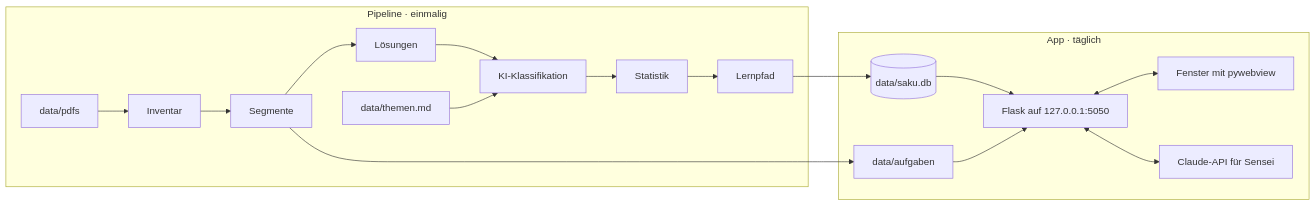
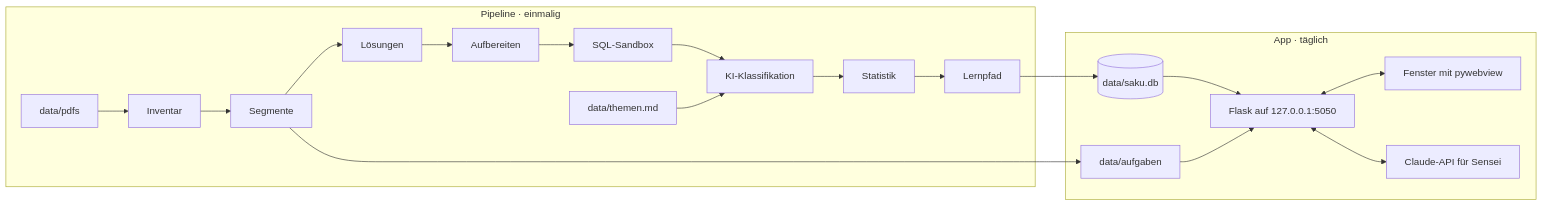
The first of 2 diagrams in docs/ARCHITEKTUR.md (00quasr/Saku), drawn with Mermaid before and after one commit. The commit also changed other lines of this file, not shown here.

First line of the commit message:
Architektur: neue Module (rechnen mit Arten-Registry und Seeds, sql, stichpunkte, lernstand, fahrplan, rueckblick), alle Routen, Pipeline 1–12 mit sandbox, Migrationen in Transaktionen, CSRF

````diff
--- a/docs/ARCHITEKTUR.md
+++ b/docs/ARCHITEKTUR.md
@@ -8,15 +8,15 @@
 ```mermaid
 flowchart LR
     subgraph Pipeline ["Pipeline · einmalig"]
-        P[data/pdfs] --> I[Inventar] --> S[Segmente] --> L[Lösungen] --> K[KI-Klassifikation] --> ST[Statistik] --> LP[Lernpfad]
+        P[data/pdfs] --> I[Inventar] --> S[Segmente] --> L[Lösungen] --> A[Aufbereiten] --> SB[SQL-Sandbox] --> K[KI-Klassifikation] --> ST[Statistik] --> LP[Lernpfad]
         T[data/themen.md] --> K
     end
     LP --> DB[(data/saku.db)]
     S --> B[data/aufgaben]
     subgraph App ["App · täglich"]
         DB --> F[Flask auf 127.0.0.1:5050]
         B --> F
         F <--> W[Fenster mit pywebview]
         F <--> C[Claude-API für Sensei]
     end
 ```
````
